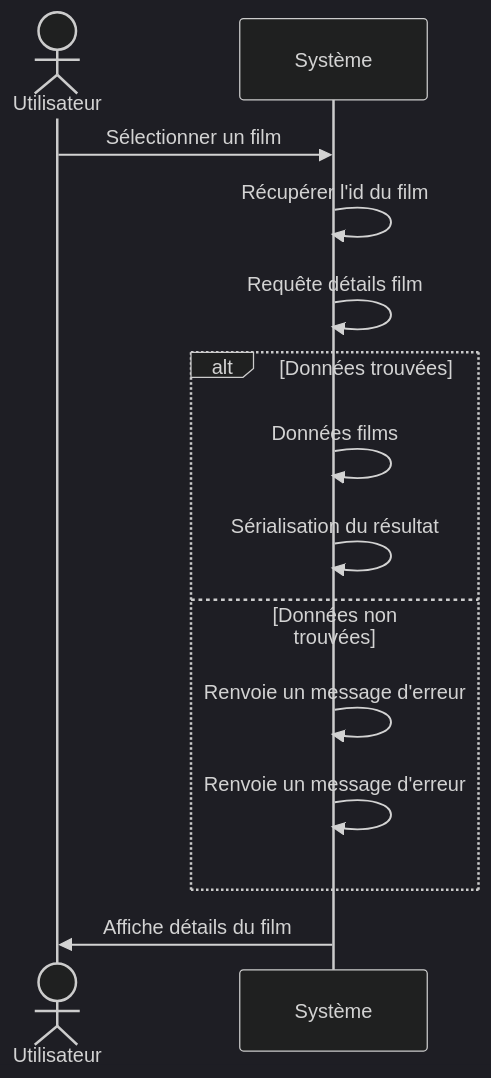
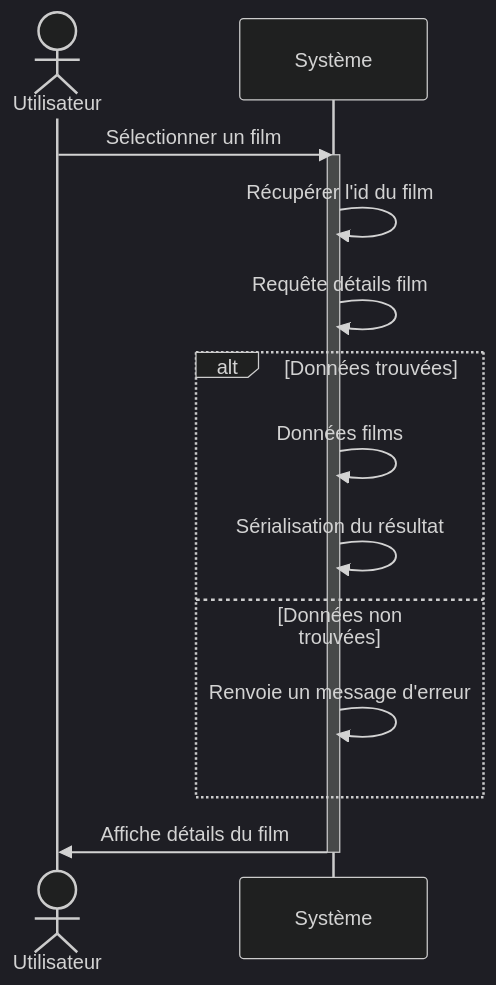
The diagram in docs/conception/sequence_diagrams/analysis/movie_details.md (St4r4x/MovieMania), drawn with Mermaid (dark theme) before and after one commit. The commit also changed 1 other file, not shown here.

Commit message:
chore: Update movie details sequence diagram and fix bug in movie details retrieval

````diff
--- a/docs/conception/sequence_diagrams/analysis/movie_details.md
+++ b/docs/conception/sequence_diagrams/analysis/movie_details.md
@@ -1,17 +1,18 @@
 ```mermaid
 sequenceDiagram
     actor Utilisateur
     participant Systeme as Système
 
     Utilisateur ->> Systeme: Sélectionner un film
+    activate Systeme
     Systeme ->> Systeme: Récupérer l'id du film
     Systeme ->> Systeme: Requête détails film
     alt Données trouvées
         Systeme ->> Systeme: Données films
         Systeme ->> Systeme: Sérialisation du résultat
     else Données non trouvées
         Systeme ->> Systeme: Renvoie un message d'erreur
-        Systeme ->> Systeme: Renvoie un message d'erreur
     end
     Systeme ->> Utilisateur: Affiche détails du film
+    deactivate Systeme
 ```
````
